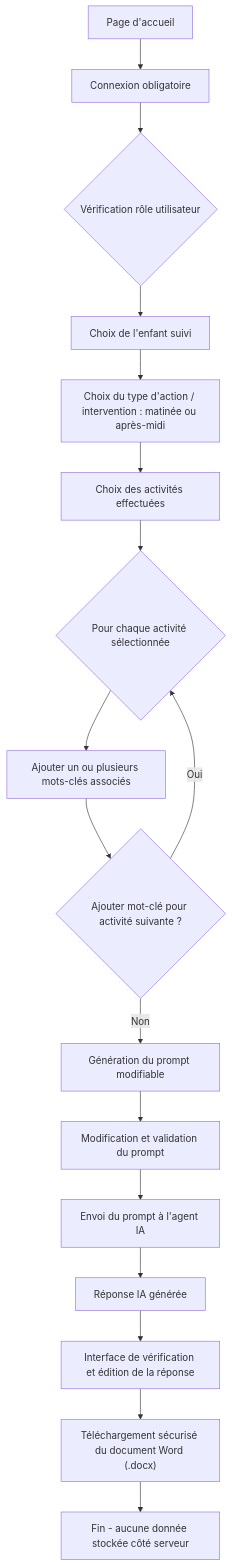
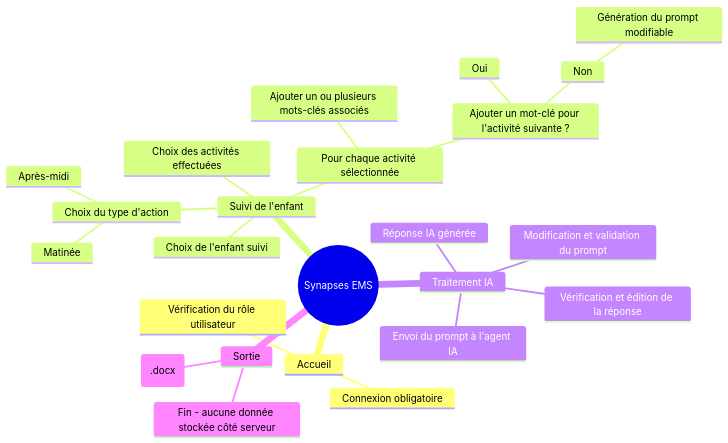
One commit to vlldnt/Synapses_ESMS changed the diagram in README.md. Above: the diagram before and after it, drawn with Mermaid. The commit also changed other lines of this file, not shown here.

Commit message:
fix: update flowchart to mindmap format in README

````diff
--- a/README.md
+++ b/README.md
@@ -4,21 +4,27 @@
 ```mermaid
-flowchart TD
-    A["Page d'accueil"] --> B["Connexion obligatoire"]
-    B --> C{"Vérification rôle utilisateur"}
-    C --> D["Choix de l'enfant suivi"]
-    D --> E["Choix du type d'action / intervention : matinée ou après-midi"]
-    E --> F["Choix des activités effectuées"]
-    
-    F --> G{"Pour chaque activité sélectionnée"}
-    G --> H["Ajouter un ou plusieurs mots-clés associés"]
-    H --> I{"Ajouter mot-clé pour activité suivante ?"}
-    I -->|Oui| G
-    I -->|Non| J["Génération du prompt modifiable"]
-    
-    J --> K["Modification et validation du prompt"]
-    K --> L["Envoi du prompt à l'agent IA"]
-    L --> M["Réponse IA générée"]
-    M --> N["Interface de vérification et édition de la réponse"]
-    N --> O["Téléchargement sécurisé du document Word (.docx)"]
-    O --> P["Fin - aucune donnée stockée côté serveur"]
+mindmap
+    root((Synapses EMS))
+        Accueil
+            Connexion obligatoire
+            Vérification du rôle utilisateur
+        Suivi de l'enfant
+            Choix de l'enfant suivi
+            Choix du type d'action
+                Matinée
+                Après-midi
+            Choix des activités effectuées
+            Pour chaque activité sélectionnée
+                Ajouter un ou plusieurs mots-clés associés
+                Ajouter un mot-clé pour l'activité suivante ?
+                    Oui
+                    Non
+                        Génération du prompt modifiable
+        Traitement IA
+            Modification et validation du prompt
+            Envoi du prompt à l'agent IA
+            Réponse IA générée
+            Vérification et édition de la réponse
+        Sortie
+            Téléchargement sécurisé du document Word (.docx)
+            Fin - aucune donnée stockée côté serveur
 ```
````
